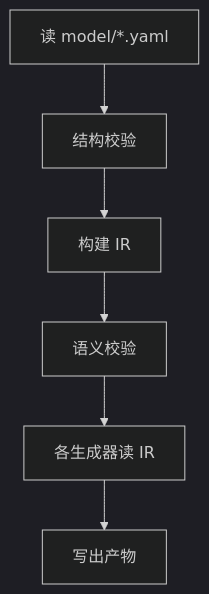
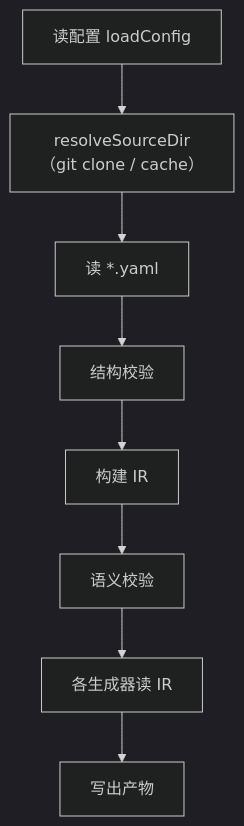
One commit to Leonardo-lijianan/polyforge changed the second of 2 diagrams in docs/part1-getting-started/3-core-concepts.md. Above: the diagram before and after it, drawn with Mermaid (dark theme). The commit also changed other lines of this file and 18 other files, not shown here.

````diff
--- a/docs/part1-getting-started/3-core-concepts.md
+++ b/docs/part1-getting-started/3-core-concepts.md
@@ -70,8 +74,10 @@
 ```mermaid
 flowchart TD
-  A["读 model/*.yaml"] --> B["结构校验"]
-  B --> C["构建 IR"]
-  C --> D["语义校验"]
-  D --> E["各生成器读 IR"]
-  E --> F["写出产物"]
+  A["读配置 loadConfig"] --> B["resolveSourceDir\n（git clone / cache）"]
+  B --> C["读 *.yaml"]
+  C --> D["结构校验"]
+  D --> E["构建 IR"]
+  E --> F["语义校验"]
+  F --> G["各生成器读 IR"]
+  G --> H["写出产物"]
 ```
````
